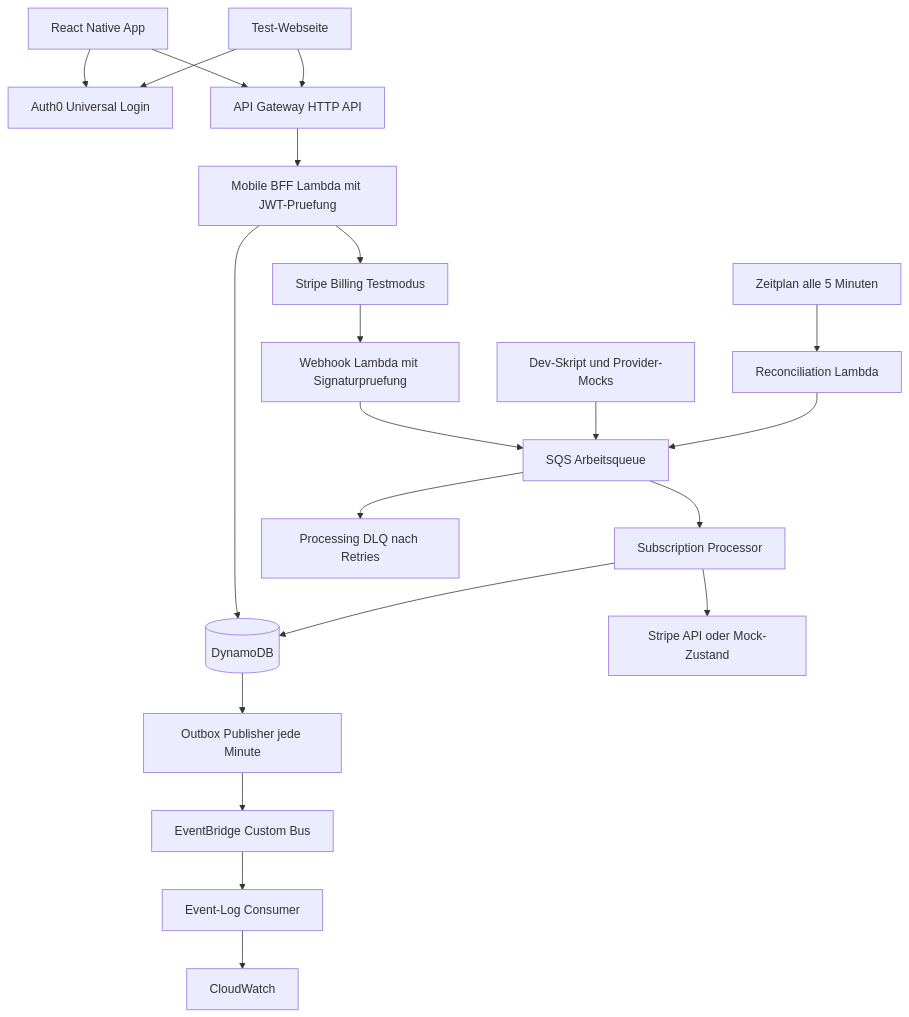
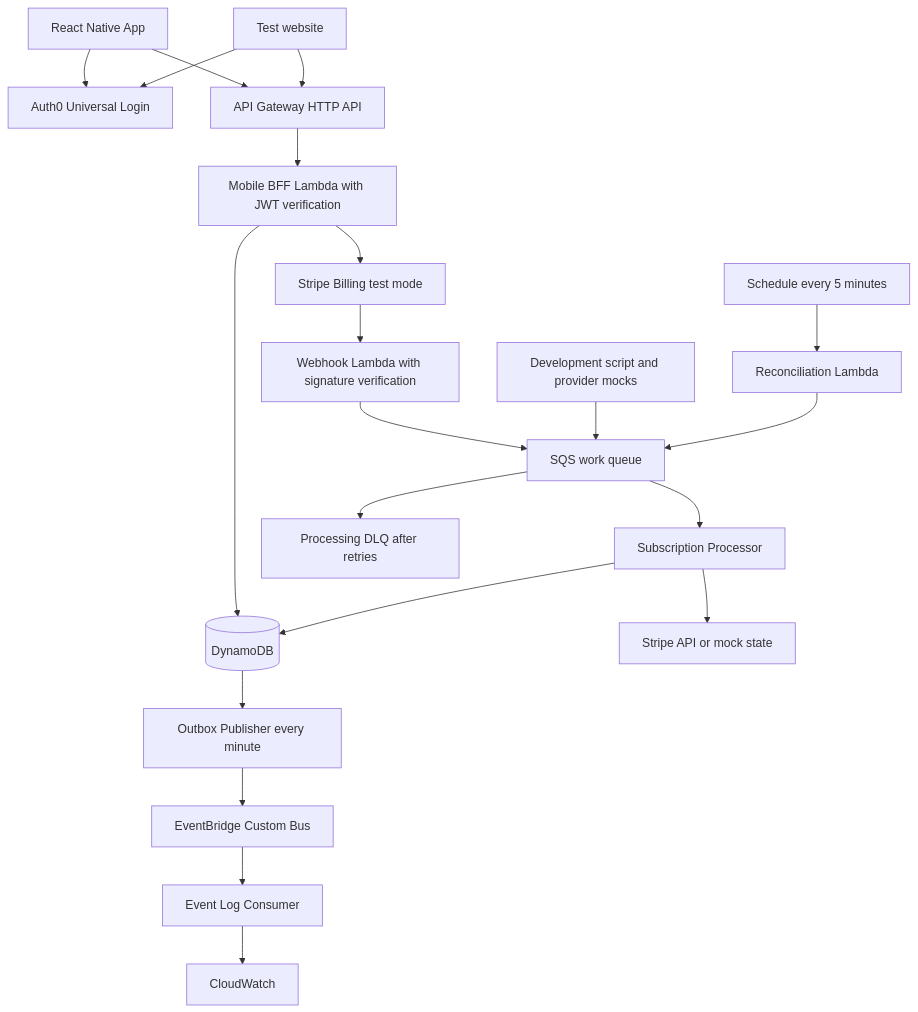
The diagram in PROJECT_PLAN.md (phillippbertram/subscription-consolidation-workshop), drawn with Mermaid before and after one commit. The commit also changed other lines of this file and 19 other files, not shown here.

````diff
--- a/PROJECT_PLAN.md
+++ b/PROJECT_PLAN.md
@@ -120,23 +120,23 @@
 ```mermaid
 flowchart TD
     App[React Native App] --> Auth[Auth0 Universal Login]
-    Web[Test-Webseite] --> Auth
+    Web[Test website] --> Auth
     App --> API[API Gateway HTTP API]
     Web --> API
-    API --> BFF[Mobile BFF Lambda mit JWT-Pruefung]
+    API --> BFF[Mobile BFF Lambda with JWT verification]
     BFF --> DB[(DynamoDB)]
-    BFF --> Stripe[Stripe Billing Testmodus]
-    Stripe --> Hook[Webhook Lambda mit Signaturpruefung]
-    Hook --> Queue[SQS Arbeitsqueue]
-    Mock[Dev-Skript und Provider-Mocks] --> Queue
-    Timer[Zeitplan alle 5 Minuten] --> Recon[Reconciliation Lambda]
+    BFF --> Stripe[Stripe Billing test mode]
+    Stripe --> Hook[Webhook Lambda with signature verification]
+    Hook --> Queue[SQS work queue]
+    Mock[Development script and provider mocks] --> Queue
+    Timer[Schedule every 5 minutes] --> Recon[Reconciliation Lambda]
     Recon --> Queue
     Queue --> Worker[Subscription Processor]
-    Queue --> DLQ[Processing DLQ nach Retries]
-    Worker --> Provider[Stripe API oder Mock-Zustand]
+    Queue --> DLQ[Processing DLQ after retries]
+    Worker --> Provider[Stripe API or mock state]
     Worker --> DB
-    DB --> Publisher[Outbox Publisher jede Minute]
+    DB --> Publisher[Outbox Publisher every minute]
     Publisher --> Bus[EventBridge Custom Bus]
-    Bus --> Observer[Event-Log Consumer]
+    Bus --> Observer[Event Log Consumer]
     Observer --> Logs[CloudWatch]
 ```
````
